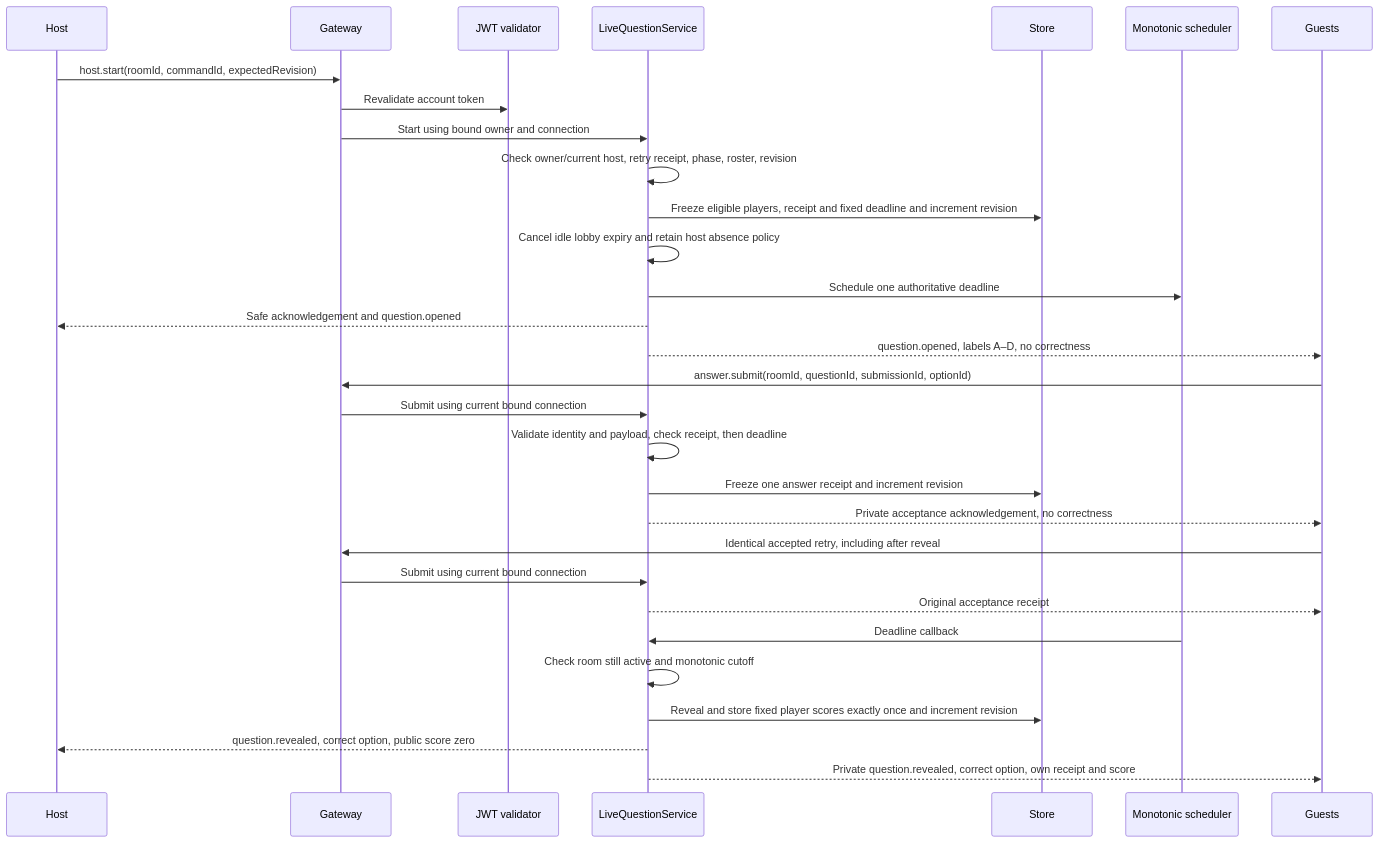
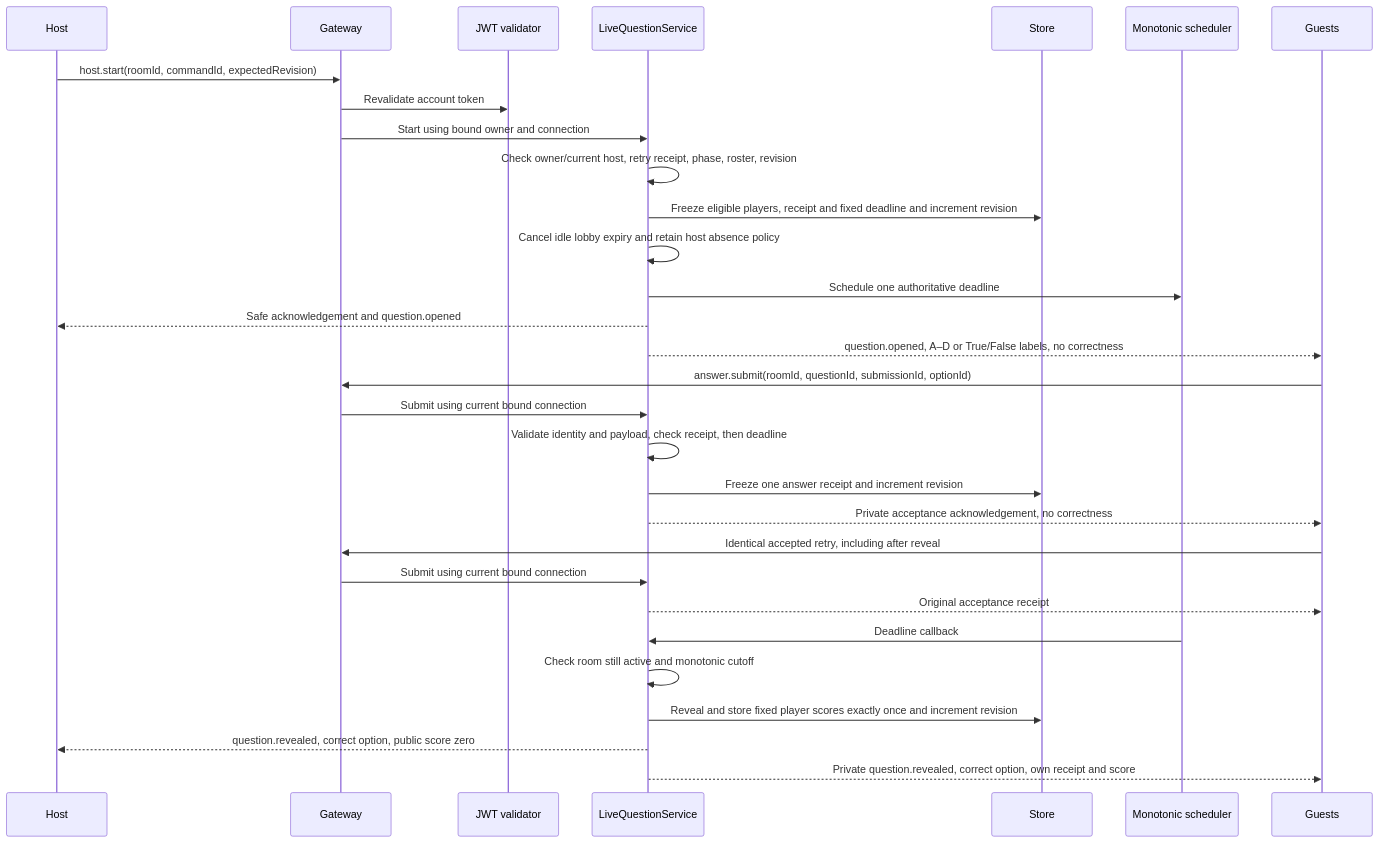
One commit to CusmaLinux/robinhoot changed the second of 12 diagrams in docs/architecture/live-question.md. Above: the diagram before and after it, drawn with Mermaid. The commit also changed other lines of this file and 37 other files, not shown here.

Commit message:
feat: support True/False questions across the API (#60) (#81)

````diff
--- a/docs/architecture/live-question.md
+++ b/docs/architecture/live-question.md
@@ -53,32 +53,32 @@
 ```mermaid
 sequenceDiagram
   participant Host
   participant Gateway
   participant Auth as JWT validator
   participant Live as LiveQuestionService
   participant Store
   participant Timer as Monotonic scheduler
   participant Guests
   Host->>Gateway: host.start(roomId, commandId, expectedRevision)
   Gateway->>Auth: Revalidate account token
   Gateway->>Live: Start using bound owner and connection
   Live->>Live: Check owner/current host, retry receipt, phase, roster, revision
   Live->>Store: Freeze eligible players, receipt and fixed deadline and increment revision
   Live->>Live: Cancel idle lobby expiry and retain host absence policy
   Live->>Timer: Schedule one authoritative deadline
   Live-->>Host: Safe acknowledgement and question.opened
-  Live-->>Guests: question.opened, labels A–D, no correctness
+  Live-->>Guests: question.opened, A–D or True/False labels, no correctness
   Guests->>Gateway: answer.submit(roomId, questionId, submissionId, optionId)
   Gateway->>Live: Submit using current bound connection
   Live->>Live: Validate identity and payload, check receipt, then deadline
   Live->>Store: Freeze one answer receipt and increment revision
   Live-->>Guests: Private acceptance acknowledgement, no correctness
   Guests->>Gateway: Identical accepted retry, including after reveal
   Gateway->>Live: Submit using current bound connection
   Live-->>Guests: Original acceptance receipt
   Timer->>Live: Deadline callback
   Live->>Live: Check room still active and monotonic cutoff
   Live->>Store: Reveal and store fixed player scores exactly once and increment revision
   Live-->>Host: question.revealed, correct option, public score zero
   Live-->>Guests: Private question.revealed, correct option, own receipt and score
 ```
````
